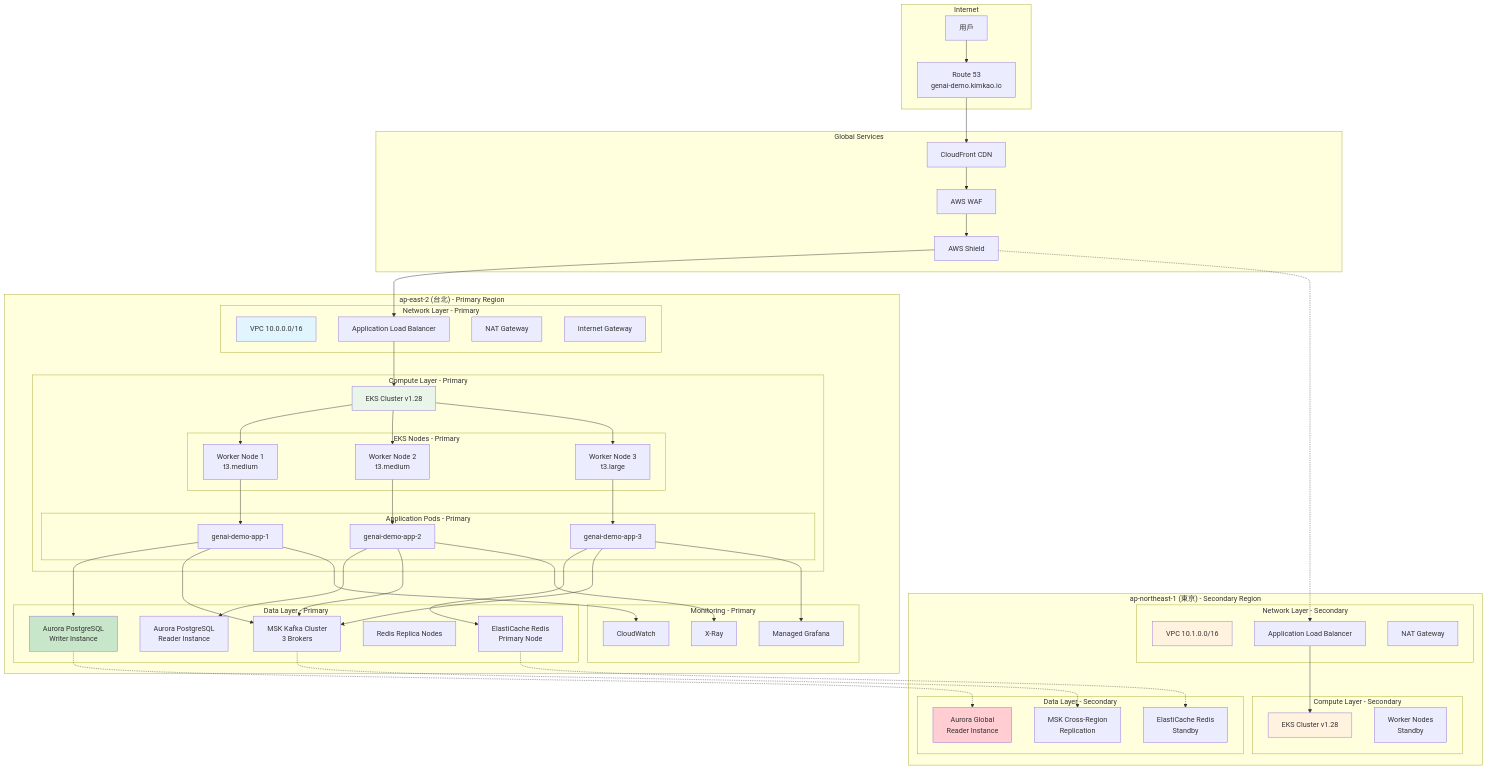
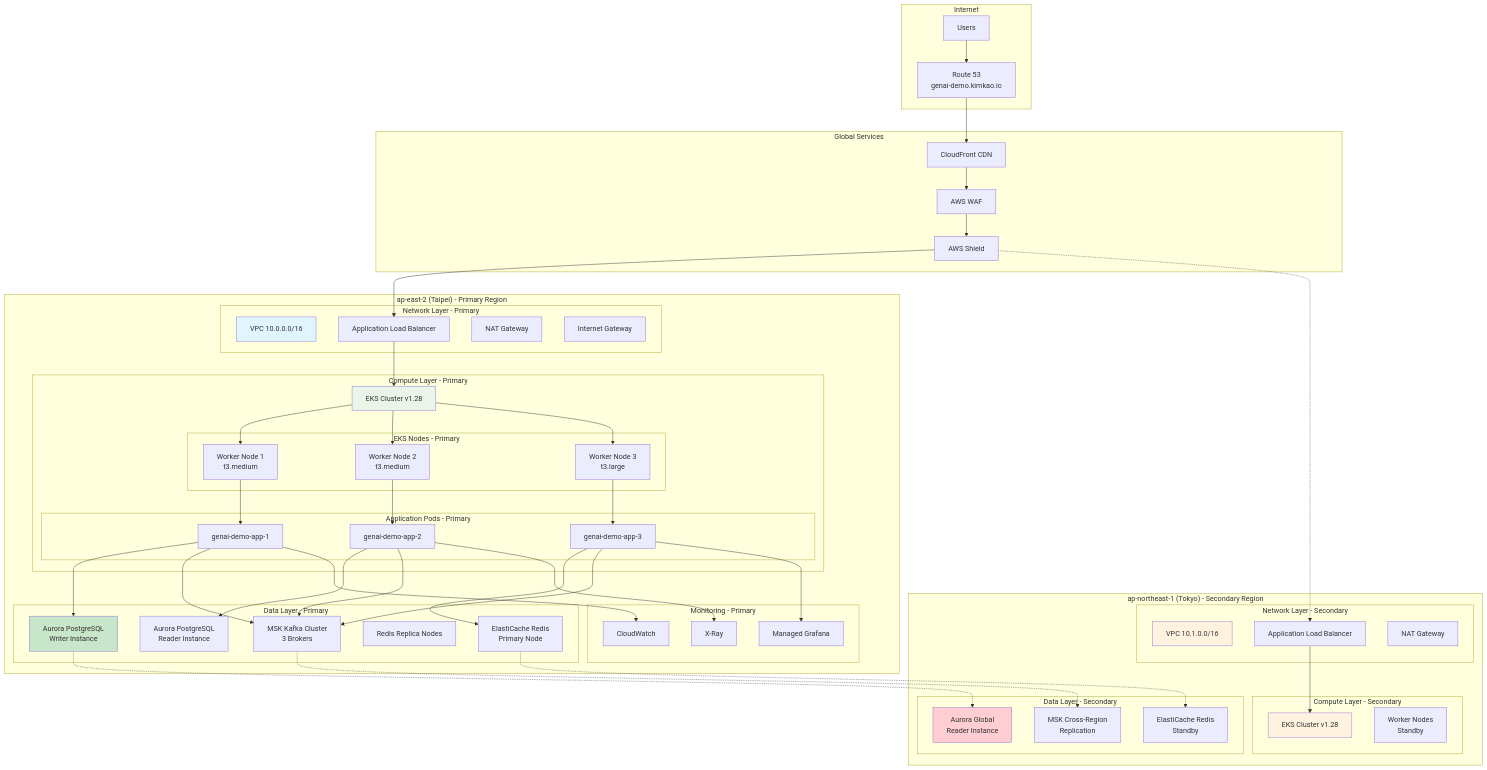
One commit to humank/genai-demo changed the second of 11 diagrams in docs/viewpoints/deployment/aws-infrastructure-architecture.md. Above: the diagram before and after it, drawn with Mermaid. The commit also changed other lines of this file and 453 other files, not shown here.

First line of the commit message:
feat: Complete translation of key architecture and API documentation

````diff
--- a/docs/viewpoints/deployment/aws-infrastructure-architecture.md
+++ b/docs/viewpoints/deployment/aws-infrastructure-architecture.md
@@ -115,7 +115,7 @@
 ```mermaid
 graph TB
     subgraph "Internet"
-        User[用戶]
+        User[Users]
         DNS[Route 53<br/>genai-demo.kimkao.io]
     end
     
@@ -125,7 +125,7 @@
         Shield[AWS Shield]
     end
     
-    subgraph "ap-east-2 (台北) - Primary Region"
+    subgraph "ap-east-2 (Taipei) - Primary Region"
         subgraph "Network Layer - Primary"
             VPC1[VPC 10.0.0.0/16]
             ALB1[Application Load Balancer]
@@ -162,7 +162,7 @@
         end
     end
     
-    subgraph "ap-northeast-1 (東京) - Secondary Region"
+    subgraph "ap-northeast-1 (Tokyo) - Secondary Region"
         subgraph "Network Layer - Secondary"
             VPC2[VPC 10.1.0.0/16]
             ALB2[Application Load Balancer]
````
